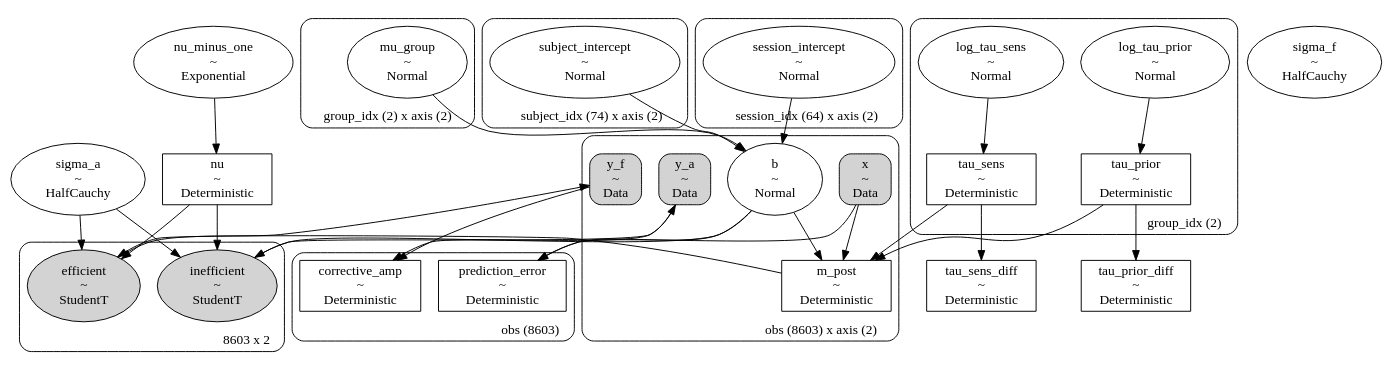
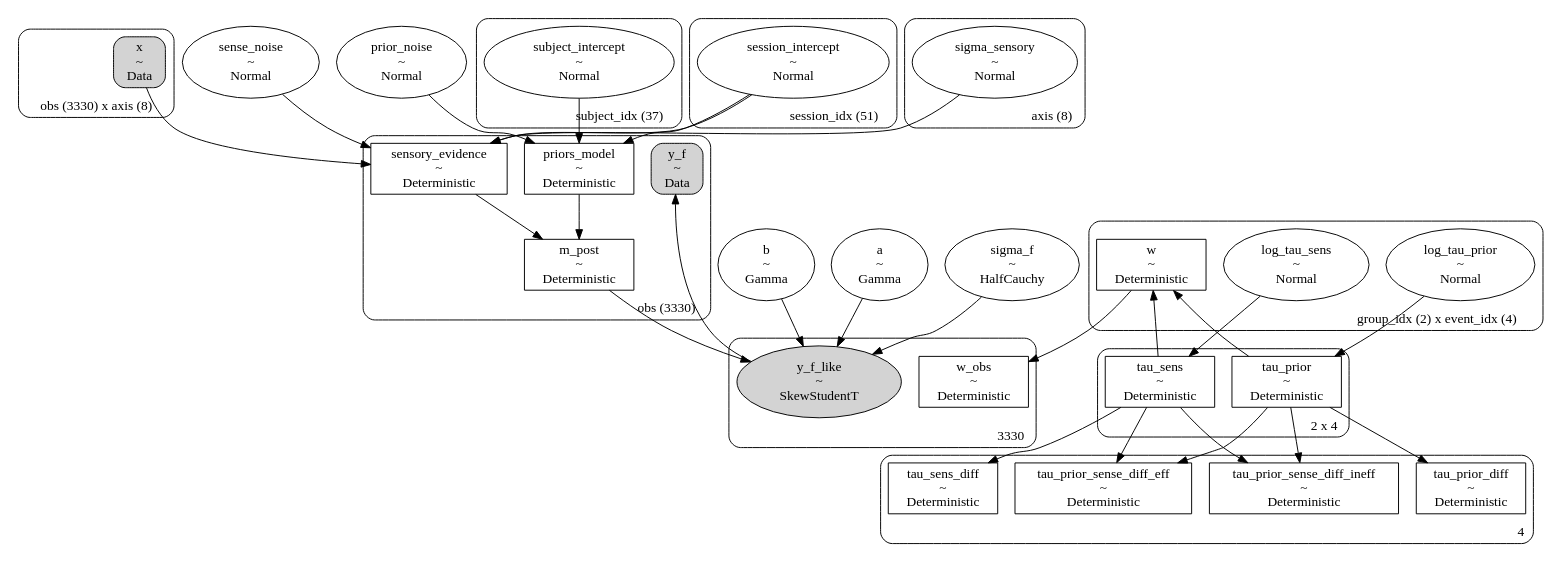
One commit to gitarja/TableTennisBayesianAnalysis changed the diagram in BayesianAnalysis/.gv. Above: the diagram before and after it, drawn with Graphviz. The commit also changed 12 other files, not shown here.

```diff
--- a/BayesianAnalysis/.gv
+++ b/BayesianAnalysis/.gv
@@ -1,113 +1,126 @@
 digraph {
-	subgraph "clusterobs (8603) x axis (2)" {
+	subgraph "clusterobs (3330) x axis (8)" {
+		x [label="x
+~
+Data" shape=box style="rounded, filled"]
+		label="obs (3330) x axis (8)" labeljust=r labelloc=b style=rounded
+	}
+	subgraph "clusterobs (3330)" {
+		y_f [label="y_f
+~
+Data" shape=box style="rounded, filled"]
+		sensory_evidence [label="sensory_evidence
+~
+Deterministic" shape=box]
+		priors_model [label="priors_model
+~
+Deterministic" shape=box]
 		m_post [label="m_post
 ~
 Deterministic" shape=box]
-		y_a [label="y_a
-~
-Data" shape=box style="rounded, filled"]
-		b [label="b
+		label="obs (3330)" labeljust=r labelloc=b style=rounded
+	}
+	sense_noise [label="sense_noise
 ~
 Normal" shape=ellipse]
-		x [label="x
+	b [label="b
 ~
-Data" shape=box style="rounded, filled"]
-		y_f [label="y_f
+Gamma" shape=ellipse]
+	a [label="a
 ~
-Data" shape=box style="rounded, filled"]
-		label="obs (8603) x axis (2)" labeljust=r labelloc=b style=rounded
+Gamma" shape=ellipse]
+	prior_noise [label="prior_noise
+~
+Normal" shape=ellipse]
+	sigma_f [label="sigma_f
+~
+HalfCauchy" shape=ellipse]
+	subgraph "clustersubject_idx (37)" {
+		subject_intercept [label="subject_intercept
+~
+Normal" shape=ellipse]
+		label="subject_idx (37)" labeljust=r labelloc=b style=rounded
 	}
-	subgraph "clustergroup_idx (2)" {
-		tau_sens [label="tau_sens
+	subgraph "clustersession_idx (51)" {
+		session_intercept [label="session_intercept
 ~
-Deterministic" shape=box]
-		tau_prior [label="tau_prior
+Normal" shape=ellipse]
+		label="session_idx (51)" labeljust=r labelloc=b style=rounded
+	}
+	subgraph "clusteraxis (8)" {
+		sigma_sensory [label="sigma_sensory
+~
+Normal" shape=ellipse]
+		label="axis (8)" labeljust=r labelloc=b style=rounded
+	}
+	subgraph "clustergroup_idx (2) x event_idx (4)" {
+		w [label="w
 ~
 Deterministic" shape=box]
 		log_tau_sens [label="log_tau_sens
 ~
 Normal" shape=ellipse]
 		log_tau_prior [label="log_tau_prior
 ~
 Normal" shape=ellipse]
-		label="group_idx (2)" labeljust=r labelloc=b style=rounded
+		label="group_idx (2) x event_idx (4)" labeljust=r labelloc=b style=rounded
 	}
-	subgraph "clustergroup_idx (2) x axis (2)" {
-		mu_group [label="mu_group
-~
-Normal" shape=ellipse]
-		label="group_idx (2) x axis (2)" labeljust=r labelloc=b style=rounded
-	}
-	subgraph "clustersubject_idx (74) x axis (2)" {
-		subject_intercept [label="subject_intercept
-~
-Normal" shape=ellipse]
-		label="subject_idx (74) x axis (2)" labeljust=r labelloc=b style=rounded
-	}
-	subgraph "clustersession_idx (64) x axis (2)" {
-		session_intercept [label="session_intercept
-~
-Normal" shape=ellipse]
-		label="session_idx (64) x axis (2)" labeljust=r labelloc=b style=rounded
-	}
-	tau_sens_diff [label="tau_sens_diff
+	subgraph "cluster2 x 4" {
+		tau_prior [label="tau_prior
 ~
 Deterministic" shape=box]
-	sigma_a [label="sigma_a
-~
-HalfCauchy" shape=ellipse]
-	sigma_f [label="sigma_f
-~
-HalfCauchy" shape=ellipse]
-	tau_prior_diff [label="tau_prior_diff
+		tau_sens [label="tau_sens
 ~
 Deterministic" shape=box]
-	nu [label="nu
+		label="2 x 4" labeljust=r labelloc=b style=rounded
+	}
+	subgraph cluster3330 {
+		w_obs [label="w_obs
 ~
 Deterministic" shape=box]
-	nu_minus_one [label="nu_minus_one
+		y_f_like [label="y_f_like
 ~
-Exponential" shape=ellipse]
-	subgraph "cluster8603 x 2" {
-		inefficient [label="inefficient
-~
-StudentT" shape=ellipse style=filled]
-		efficient [label="efficient
-~
-StudentT" shape=ellipse style=filled]
-		label="8603 x 2" labeljust=r labelloc=b style=rounded
+SkewStudentT" shape=ellipse style=filled]
+		label=3330 labeljust=r labelloc=b style=rounded
 	}
-	subgraph "clusterobs (8603)" {
-		prediction_error [label="prediction_error
+	subgraph cluster4 {
+		tau_prior_sense_diff_eff [label="tau_prior_sense_diff_eff
 ~
 Deterministic" shape=box]
-		corrective_amp [label="corrective_amp
+		tau_sens_diff [label="tau_sens_diff
 ~
 Deterministic" shape=box]
-		label="obs (8603)" labeljust=r labelloc=b style=rounded
+		tau_prior_diff [label="tau_prior_diff
+~
+Deterministic" shape=box]
+		tau_prior_sense_diff_ineff [label="tau_prior_sense_diff_ineff
+~
+Deterministic" shape=box]
+		label=4 labeljust=r labelloc=b style=rounded
 	}
-	inefficient -> y_a
-	efficient -> y_f
+	y_f_like -> y_f
+	session_intercept -> priors_model
+	prior_noise -> priors_model
+	subject_intercept -> priors_model
+	sense_noise -> sensory_evidence
+	session_intercept -> sensory_evidence
+	x -> sensory_evidence
+	sigma_sensory -> sensory_evidence
 	log_tau_prior -> tau_prior
 	log_tau_sens -> tau_sens
-	subject_intercept -> b
-	mu_group -> b
-	session_intercept -> b
-	x -> m_post
-	tau_sens -> m_post
-	b -> m_post
-	tau_prior -> m_post
-	nu_minus_one -> nu
-	nu -> inefficient
-	sigma_a -> inefficient
-	b -> inefficient
-	nu -> efficient
-	sigma_a -> efficient
-	m_post -> efficient
-	y_f -> corrective_amp
-	y_a -> corrective_amp
-	b -> prediction_error
-	x -> prediction_error
+	tau_prior -> w
+	tau_sens -> w
+	w -> w_obs
+	sensory_evidence -> m_post
+	priors_model -> m_post
+	b -> y_f_like
+	a -> y_f_like
+	sigma_f -> y_f_like
+	m_post -> y_f_like
 	tau_prior -> tau_prior_diff
 	tau_sens -> tau_sens_diff
+	tau_prior -> tau_prior_sense_diff_eff
+	tau_sens -> tau_prior_sense_diff_eff
+	tau_prior -> tau_prior_sense_diff_ineff
+	tau_sens -> tau_prior_sense_diff_ineff
 }
```
